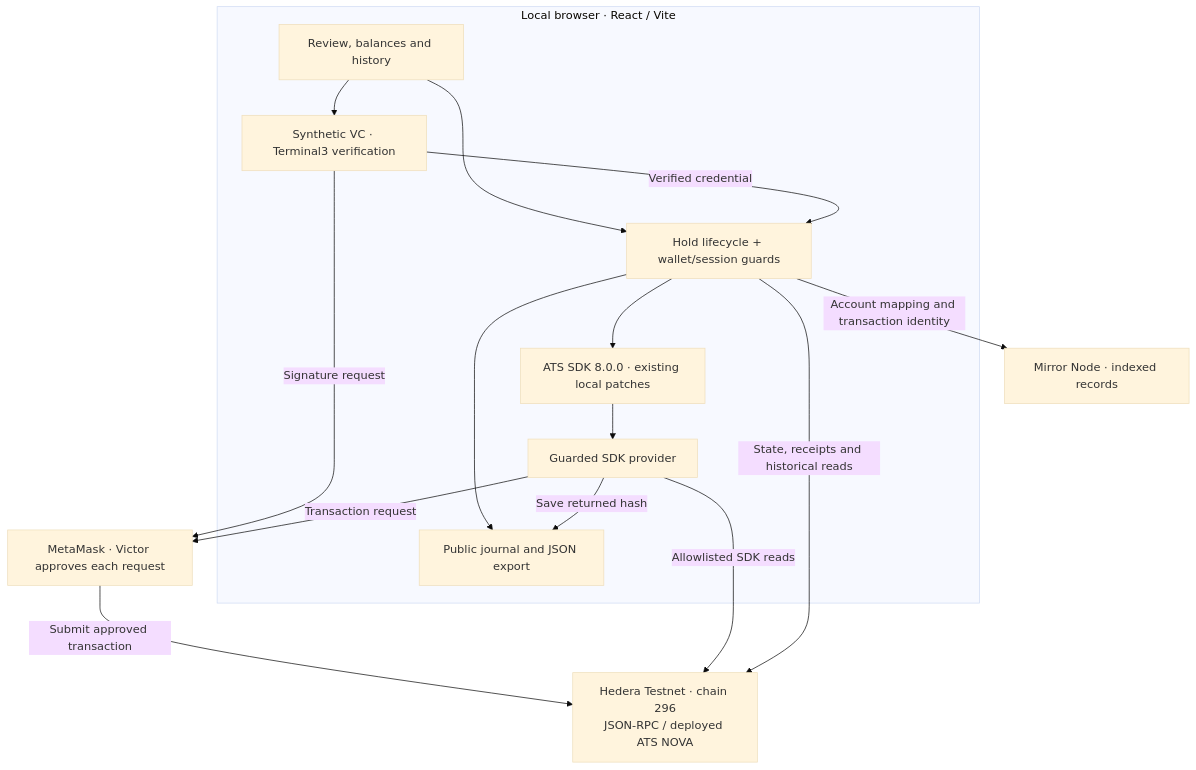
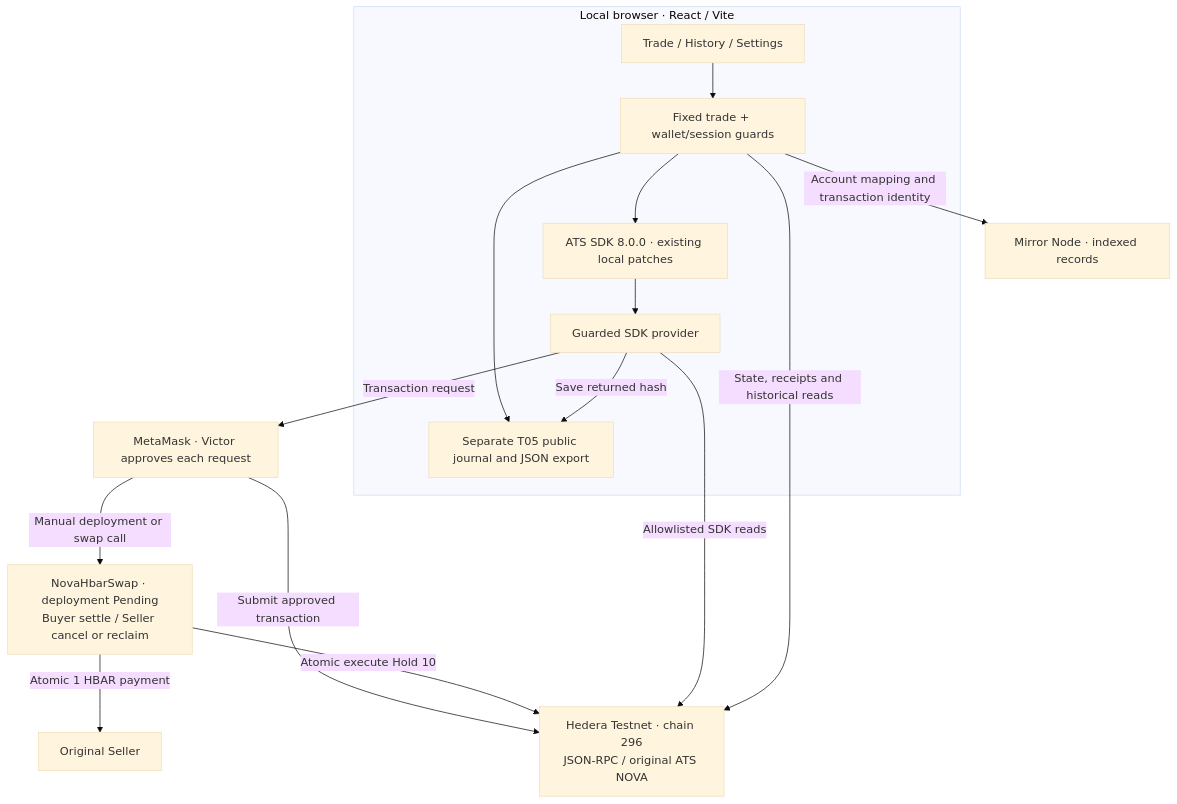
One commit to outsider987/hedera-rwa-secondary-market changed the diagram in docs/ARCHITECTURE.md. Above: the diagram before and after it, drawn with Mermaid (base theme). The commit also changed other lines of this file and 43 other files, not shown here.

First line of the commit message:
feat(t05): add guarded atomic NOVA and HBAR trade

````diff
--- a/docs/ARCHITECTURE.md
+++ b/docs/ARCHITECTURE.md
@@ -42,27 +57,27 @@
 ```mermaid
 flowchart TB
     subgraph browser["Local browser · React / Vite"]
-        ui["Review, balances and history"]
-        flow["Hold lifecycle + wallet/session guards"]
-        vc["Synthetic VC · Terminal3 verification"]
+        ui["Trade / History / Settings"]
+        flow["Fixed trade + wallet/session guards"]
         sdk["ATS SDK 8.0.0 · existing local patches"]
         provider["Guarded SDK provider"]
-        journal["Public journal and JSON export"]
+        journal["Separate T05 public journal and JSON export"]
         ui --> flow
-        ui --> vc
-        vc -->|Verified credential|flow
         flow --> sdk
         sdk --> provider
         flow --> journal
         provider -->|Save returned hash|journal
     end
     wallet["MetaMask · Victor approves each request"]
-    chain["Hedera Testnet · chain 296<br/>JSON-RPC / deployed ATS NOVA"]
+    chain["Hedera Testnet · chain 296<br/>JSON-RPC / original ATS NOVA"]
+    swap["NovaHbarSwap · deployment Pending<br/>Buyer settle / Seller cancel or reclaim"]
     mirror["Mirror Node · indexed records"]
-    vc -->|Signature request|wallet
     provider -->|Transaction request|wallet
     wallet -->|Submit approved transaction|chain
+    wallet -->|Manual deployment or swap call|swap
+    swap -->|Atomic execute Hold 10|chain
+    swap -->|Atomic 1 HBAR payment|seller["Original Seller"]
     provider -->|Allowlisted SDK reads|chain
     flow -->|State, receipts and historical reads|chain
     flow -->|Account mapping and transaction identity|mirror
 ```
````
